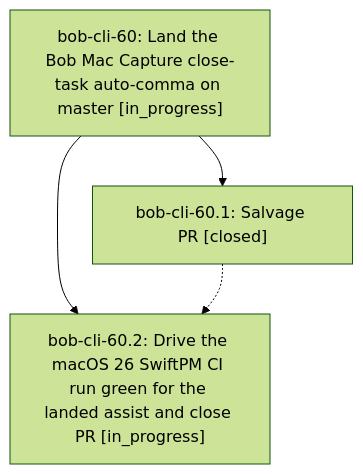
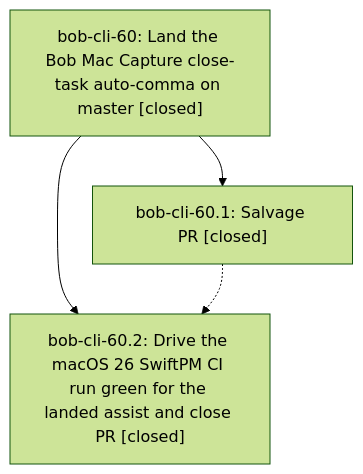
One commit to bobs-org/bob-cli--beads changed the diagram in pages/bob-cli-60/README.md. Above: the diagram before and after it, drawn with Mermaid (forest theme). The commit also changed other lines of this file and 2 other files, not shown here.

First line of the commit message:
chore(beads): sync bead state and pages for bob-cli-60

````diff
--- a/pages/bob-cli-60/README.md
+++ b/pages/bob-cli-60/README.md
@@ -35,9 +51,9 @@
 ```mermaid
 flowchart TD
-    n0["bob-cli-60: Land the Bob Mac Capture close-task auto-comma on master [in_progress]"]
+    n0["bob-cli-60: Land the Bob Mac Capture close-task auto-comma on master [closed]"]
     n1["bob-cli-60.1: Salvage PR [closed]"]
-    n2["bob-cli-60.2: Drive the macOS 26 SwiftPM CI run green for the landed assist and close PR [in_progress]"]
+    n2["bob-cli-60.2: Drive the macOS 26 SwiftPM CI run green for the landed assist and close PR [closed]"]
     n0 --> n1
     n0 --> n2
     n1 -.-> n2
 ```
````
